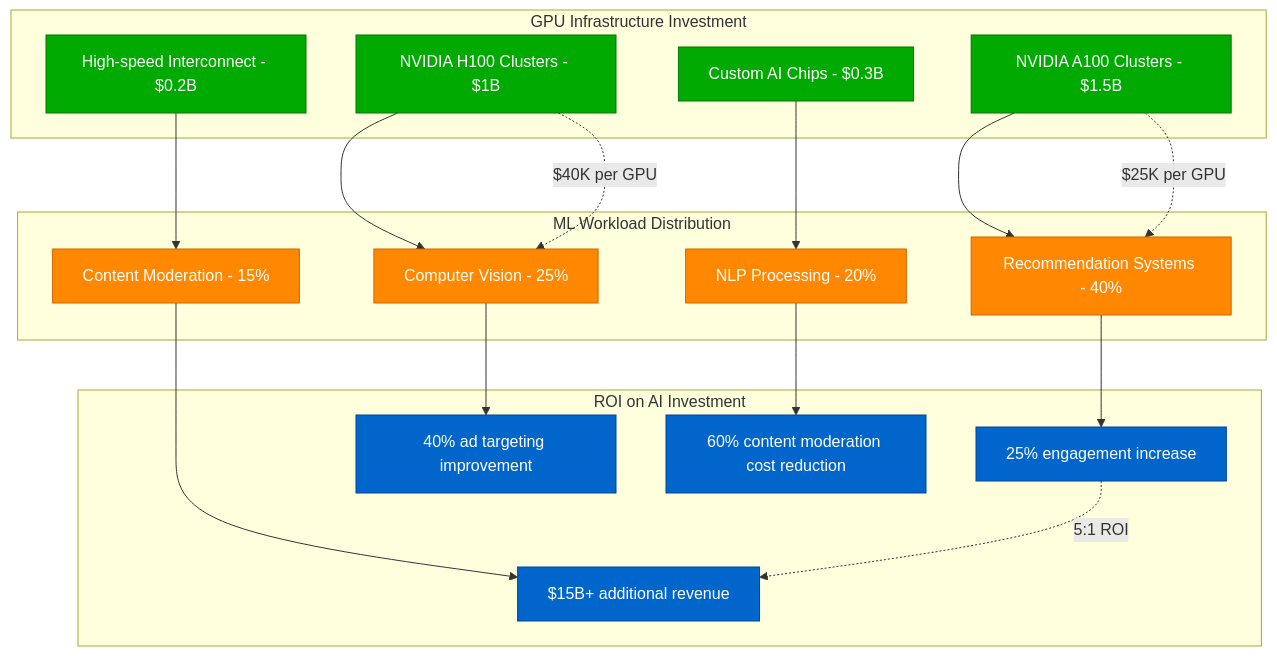
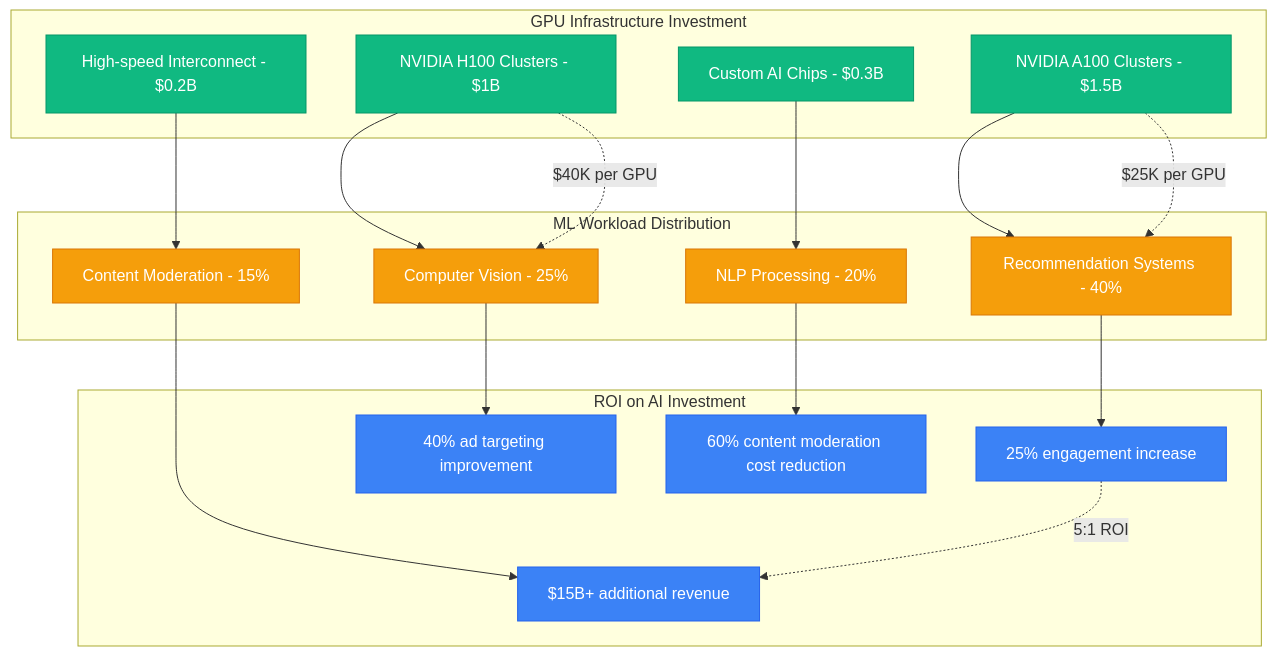
One commit to deepaucksharma/DS changed the seventh of 10 diagrams in site/docs/systems/meta/cost-breakdown.md. Above: the diagram before and after it, drawn with Mermaid. The commit also changed other lines of this file and 303 other files, not shown here.

````diff
--- a/site/docs/systems/meta/cost-breakdown.md
+++ b/site/docs/systems/meta/cost-breakdown.md
@@ -231,46 +231,46 @@
 ```mermaid
 graph TB
     subgraph GPUInfrastructure[GPU Infrastructure Investment]
         A100_CLUSTERS[NVIDIA A100 Clusters - $1.5B]
         H100_CLUSTERS[NVIDIA H100 Clusters - $1B]
         CUSTOM_CHIPS[Custom AI Chips - $0.3B]
         INTERCONNECT[High-speed Interconnect - $0.2B]
     end
 
     subgraph MLWorkloads[ML Workload Distribution]
         RECOMMENDATION[Recommendation Systems - 40%]
         COMPUTER_VISION[Computer Vision - 25%]
         NLP_PROCESSING[NLP Processing - 20%]
         CONTENT_MODERATION[Content Moderation - 15%]
     end
 
     subgraph ROIMetrics[ROI on AI Investment]
         ENGAGEMENT_LIFT[25% engagement increase]
         AD_EFFICIENCY[40% ad targeting improvement]
         COST_REDUCTION[60% content moderation cost reduction]
         REVENUE_IMPACT[$15B+ additional revenue]
     end
 
     A100_CLUSTERS --> RECOMMENDATION
     H100_CLUSTERS --> COMPUTER_VISION
     CUSTOM_CHIPS --> NLP_PROCESSING
     INTERCONNECT --> CONTENT_MODERATION
 
     RECOMMENDATION --> ENGAGEMENT_LIFT
     COMPUTER_VISION --> AD_EFFICIENCY
     NLP_PROCESSING --> COST_REDUCTION
     CONTENT_MODERATION --> REVENUE_IMPACT
 
     %% Cost efficiency annotations
     A100_CLUSTERS -.->|"$25K per GPU"| RECOMMENDATION
     H100_CLUSTERS -.->|"$40K per GPU"| COMPUTER_VISION
     ENGAGEMENT_LIFT -.->|"5:1 ROI"| REVENUE_IMPACT
 
-    classDef gpuStyle fill:#00AA00,stroke:#007700,color:#fff
-    classDef workloadStyle fill:#FF8800,stroke:#CC6600,color:#fff
-    classDef roiStyle fill:#0066CC,stroke:#004499,color:#fff
+    classDef gpuStyle fill:#10B981,stroke:#059669,color:#fff
+    classDef workloadStyle fill:#F59E0B,stroke:#D97706,color:#fff
+    classDef roiStyle fill:#3B82F6,stroke:#2563EB,color:#fff
 
     class A100_CLUSTERS,H100_CLUSTERS,CUSTOM_CHIPS,INTERCONNECT gpuStyle
     class RECOMMENDATION,COMPUTER_VISION,NLP_PROCESSING,CONTENT_MODERATION workloadStyle
     class ENGAGEMENT_LIFT,AD_EFFICIENCY,COST_REDUCTION,REVENUE_IMPACT roiStyle
 ```
````
